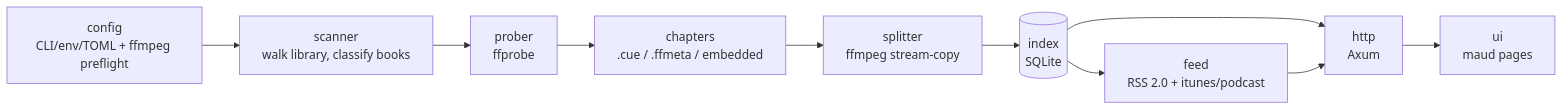
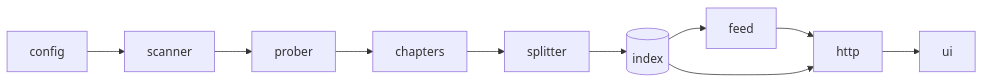
One commit to schubydoo/podspine changed the first of 2 diagrams in docs/ARCHITECTURE.md. Above: the diagram before and after it, drawn with Mermaid. The commit also changed other lines of this file and 1 other file, not shown here.

Commit message:
docs: render Material icons + simplify the Overview diagram (#35)
- Add pymdownx.emoji (twemoji index + to_svg generator) so the `:material-*:`
  icon shortcodes in the home 'Where to next' cards render as SVGs instead of
  literal text.
- Overview flowchart had nine two-line nodes crammed into one LR row, so it
  scaled down to unreadable. Collapse to short single-word crate labels (the
  crates table right below carries the detail); much more legible.

````diff
--- a/docs/ARCHITECTURE.md
+++ b/docs/ARCHITECTURE.md
@@ -19,12 +19,6 @@
 ```mermaid
 flowchart LR
-  cfg[config<br/>CLI/env/TOML + ffmpeg preflight] --> scan[scanner<br/>walk library, classify books]
-  scan --> probe[prober<br/>ffprobe]
-  probe --> chap[chapters<br/>.cue / .ffmeta / embedded]
-  chap --> split[splitter<br/>ffmpeg stream-copy]
-  split --> idx[(index<br/>SQLite)]
-  idx --> feed[feed<br/>RSS 2.0 + itunes/podcast]
-  idx --> http[http<br/>Axum]
-  feed --> http
-  http --> ui[ui<br/>maud pages]
+  config --> scanner --> prober --> chapters --> splitter --> index[(index)]
+  index --> feed --> http --> ui
+  index --> http
 ```
````
